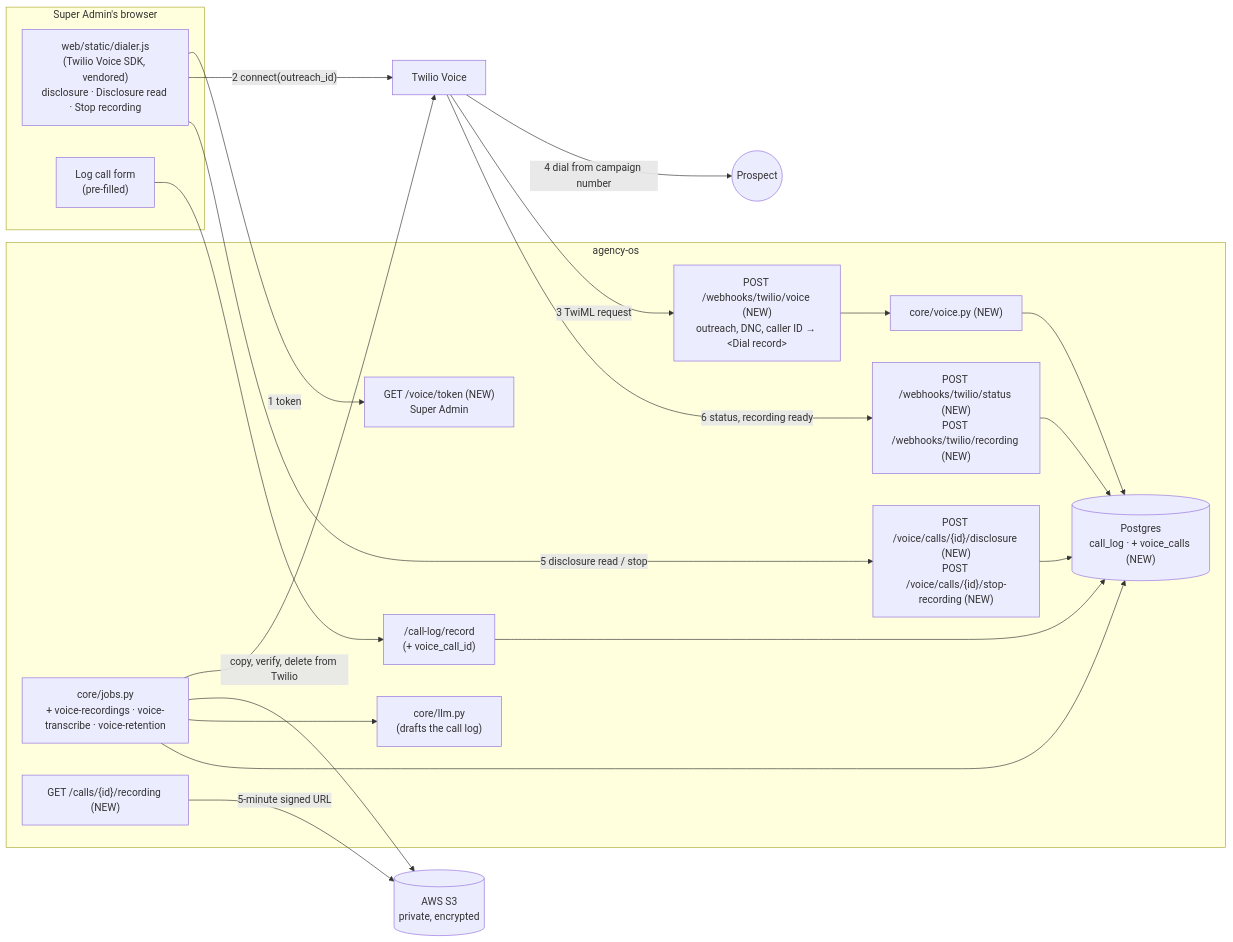
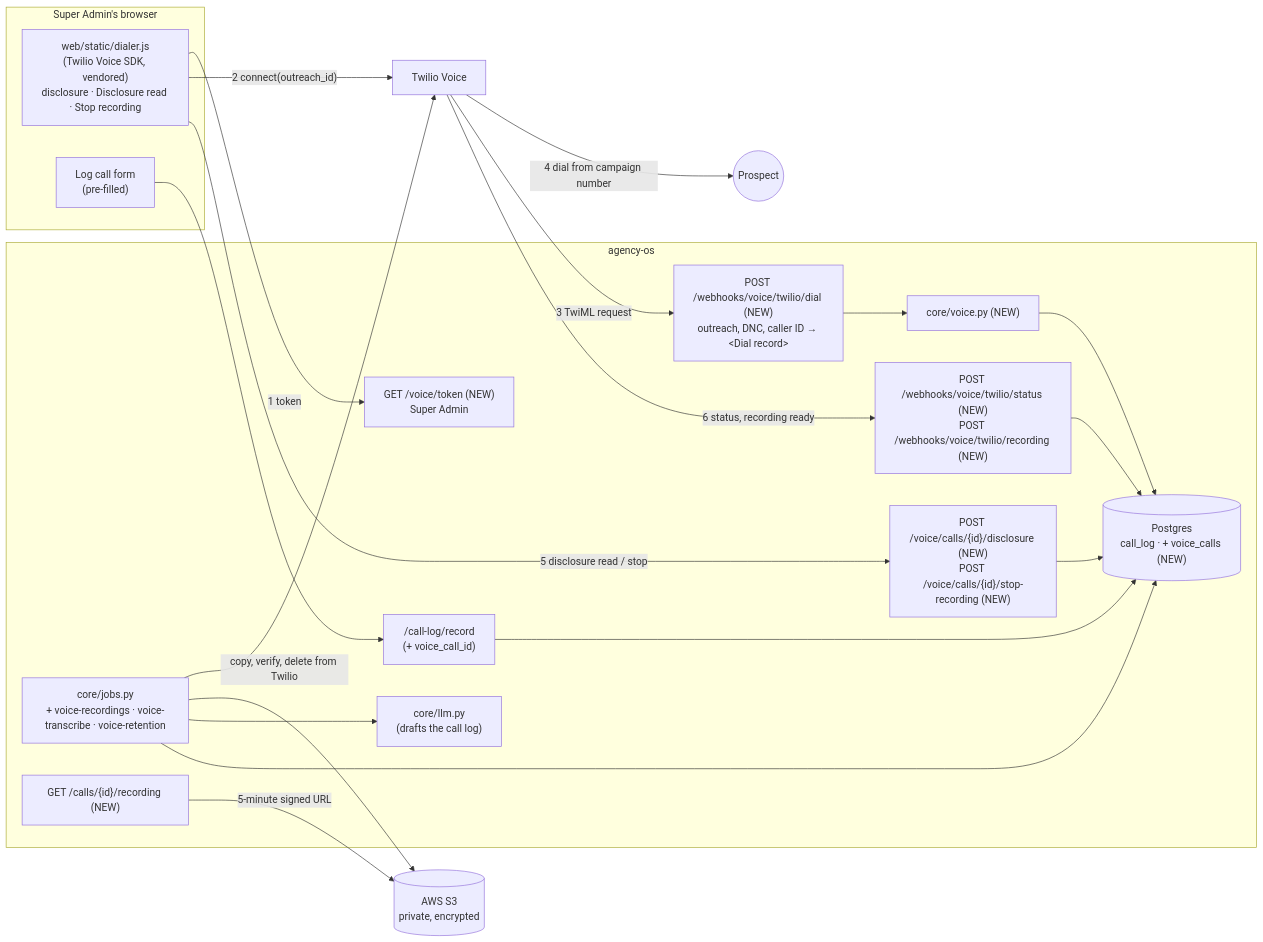
Before and after one commit to jhead12/agency-os: the first of 2 diagrams in docs/BROWSER_CALLING.md, drawn with Mermaid. The commit also changed other lines of this file and 13 other files, not shown here.

````diff
--- a/docs/BROWSER_CALLING.md
+++ b/docs/BROWSER_CALLING.md
@@ -76,38 +76,38 @@
 ```mermaid
 flowchart LR
   subgraph Browser["Super Admin's browser"]
     DIAL["web/static/dialer.js<br/>(Twilio Voice SDK, vendored)<br/>disclosure · Disclosure read · Stop recording"]
     FORM["Log call form<br/>(pre-filled)"]
   end
 
   subgraph AOS["agency-os"]
     TOK["GET /voice/token (NEW)<br/>Super Admin"]
-    TWIML["POST /webhooks/twilio/voice (NEW)<br/>outreach, DNC, caller ID → &lt;Dial record&gt;"]
-    STAT["POST /webhooks/twilio/status (NEW)<br/>POST /webhooks/twilio/recording (NEW)"]
+    TWIML["POST /webhooks/voice/twilio/dial (NEW)<br/>outreach, DNC, caller ID → &lt;Dial record&gt;"]
+    STAT["POST /webhooks/voice/twilio/status (NEW)<br/>POST /webhooks/voice/twilio/recording (NEW)"]
     CONS["POST /voice/calls/{id}/disclosure (NEW)<br/>POST /voice/calls/{id}/stop-recording (NEW)"]
     VOICE["core/voice.py (NEW)"]
     JOBS["core/jobs.py<br/>+ voice-recordings · voice-transcribe · voice-retention"]
     LLM["core/llm.py<br/>(drafts the call log)"]
     PLAY["GET /calls/{id}/recording (NEW)"]
     LOG["/call-log/record<br/>(+ voice_call_id)"]
     DB[("Postgres<br/>call_log · + voice_calls (NEW)")]
   end
 
   TW["Twilio Voice"]
   S3[("AWS S3<br/>private, encrypted")]
   P(("Prospect"))
 
   DIAL -- "1 token" --> TOK
   DIAL -- "2 connect(outreach_id)" --> TW
   TW -- "3 TwiML request" --> TWIML
   TWIML --> VOICE --> DB
   TW -- "4 dial from campaign number" --> P
   DIAL -- "5 disclosure read / stop" --> CONS --> DB
   TW -- "6 status, recording ready" --> STAT --> DB
   JOBS -- "copy, verify, delete from Twilio" --> TW
   JOBS --> S3
   JOBS --> LLM
   JOBS --> DB
   FORM --> LOG --> DB
   PLAY -- "5-minute signed URL" --> S3
 ```
````
